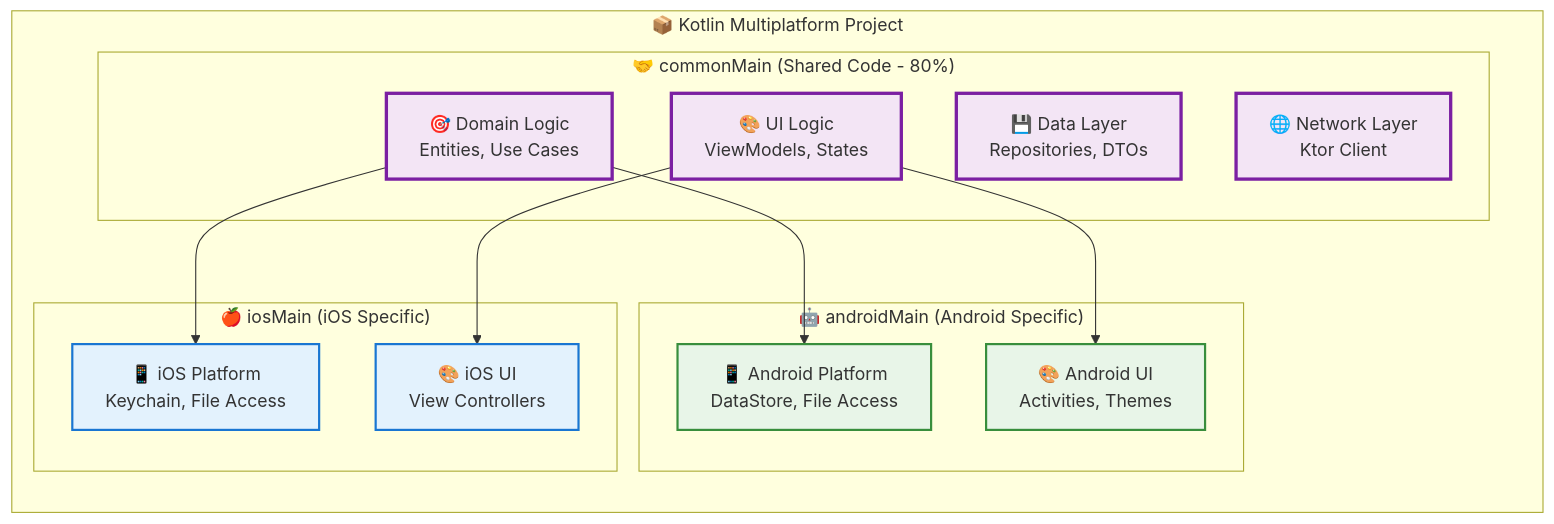
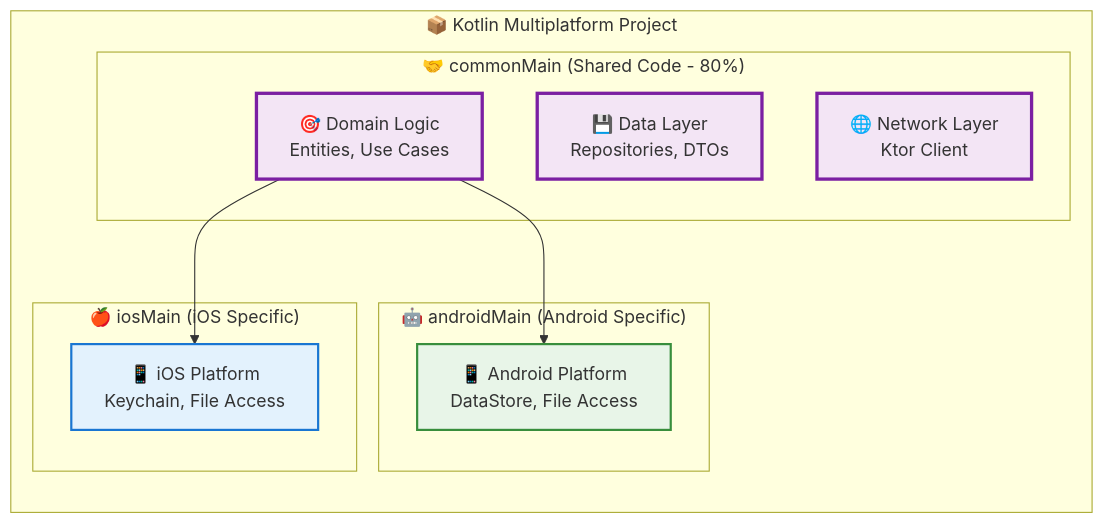
One commit to asobrados03/HumanPerformMobileApp changed the third of 5 diagrams in README.md. Above: the diagram before and after it, drawn with Mermaid.

````diff
--- a/README.md
+++ b/README.md
@@ -170,36 +170,31 @@
 ```mermaid
 graph LR
     subgraph "📦 Kotlin Multiplatform Project"
         direction TB
         
         subgraph "🤝 commonMain (Shared Code - 80%)"
             COMMON_DOMAIN[🎯 Domain Logic<br/>Entities, Use Cases]
             COMMON_DATA[💾 Data Layer<br/>Repositories, DTOs]
             COMMON_NET[🌐 Network Layer<br/>Ktor Client]
-            COMMON_UI[🎨 UI Logic<br/>ViewModels, States]
         end
         
         subgraph "🤖 androidMain (Android Specific)"
             ANDROID_PLAT[📱 Android Platform<br/>DataStore, File Access]
-            ANDROID_UI[🎨 Android UI<br/>Activities, Themes]
         end
         
         subgraph "🍎 iosMain (iOS Specific)"
             IOS_PLAT[📱 iOS Platform<br/>Keychain, File Access]
-            IOS_UI[🎨 iOS UI<br/>View Controllers]
         end
         
         COMMON_DOMAIN --> ANDROID_PLAT
         COMMON_DOMAIN --> IOS_PLAT
-        COMMON_UI --> ANDROID_UI
-        COMMON_UI --> IOS_UI
     end
     
     classDef commonCode fill:#f3e5f5,stroke:#7b1fa2,stroke-width:3px
     classDef androidCode fill:#e8f5e8,stroke:#388e3c,stroke-width:2px
     classDef iosCode fill:#e3f2fd,stroke:#1976d2,stroke-width:2px
     
-    class COMMON_DOMAIN,COMMON_DATA,COMMON_NET,COMMON_UI commonCode
-    class ANDROID_PLAT,ANDROID_UI androidCode
-    class IOS_PLAT,IOS_UI iosCode
+    class COMMON_DOMAIN,COMMON_DATA,COMMON_NET commonCode
+    class ANDROID_PLAT androidCode
+    class IOS_PLAT iosCode
 ```
````
